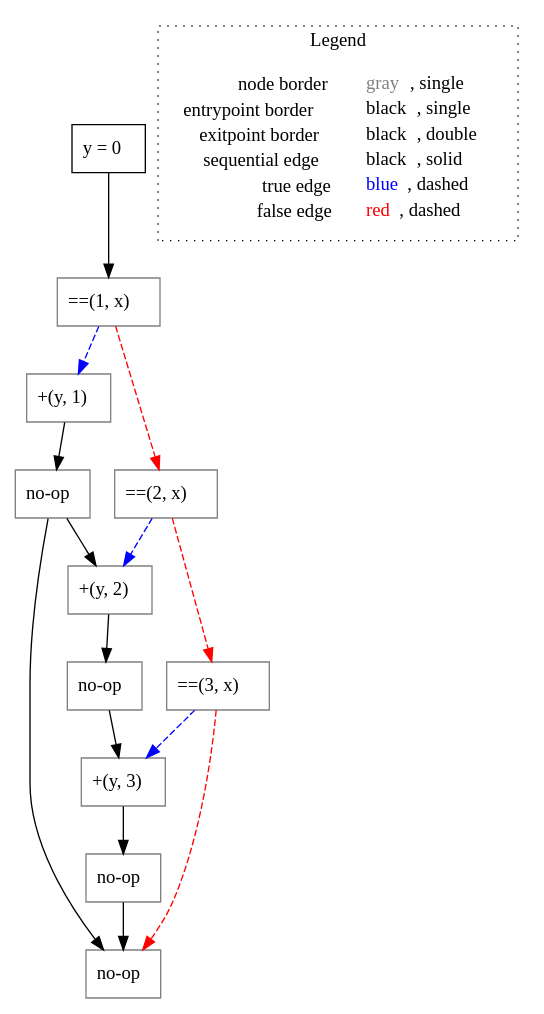
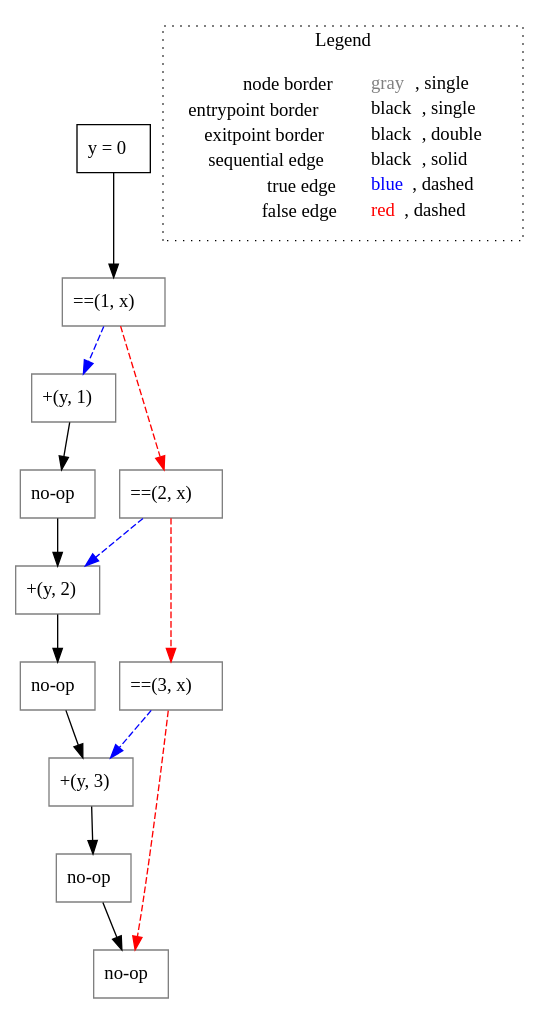
Before and after one commit to lisa-analyzer/go-lisa: the diagram in go-lisa/test-outputs/switch/untyped_simpleSwitchWithFt().dot, drawn with Graphviz. The commit also changed 4 other files, not shown here.

```diff
--- a/go-lisa/test-outputs/switch/untyped_simpleSwitchWithFt().dot
+++ b/go-lisa/test-outputs/switch/untyped_simpleSwitchWithFt().dot
@@ -1,34 +1,33 @@
 digraph {
 	"node0" [shape="rect",color="black",label=<y = 0>];
 	"node1" [shape="rect",color="gray",label=<+(y, 1)>];
 	"node2" [shape="rect",color="gray",label=<==(1, x)>];
 	"node3" [shape="rect",color="gray",label=<+(y, 2)>];
 	"node4" [shape="rect",color="gray",label=<+(y, 3)>];
 	"node5" [shape="rect",color="gray",label=<==(2, x)>];
 	"node6" [shape="rect",color="gray",label=<no-op>];
 	"node7" [shape="rect",color="gray",label=<no-op>];
 	"node8" [shape="rect",color="gray",label=<no-op>];
 	"node9" [shape="rect",color="gray",label=<no-op>];
 	"node10" [shape="rect",color="gray",label=<==(3, x)>];
 	"node1" -> "node6" [color="black"];
 	"node2" -> "node1" [color="blue",style="dashed"];
 	"node2" -> "node5" [color="red",style="dashed"];
 	"node3" -> "node7" [color="black"];
 	"node4" -> "node8" [color="black"];
 	"node5" -> "node3" [color="blue",style="dashed"];
 	"node5" -> "node10" [color="red",style="dashed"];
 	"node6" -> "node3" [color="black"];
-	"node6" -> "node9" [color="black"];
 	"node7" -> "node4" [color="black"];
 	"node8" -> "node9" [color="black"];
 	"node0" -> "node2" [color="black"];
 	"node10" -> "node4" [color="blue",style="dashed"];
 	"node10" -> "node9" [color="red",style="dashed"];
 subgraph cluster_legend {
 	label="Legend";
 	style=dotted;
 	node [shape=plaintext];
 	"legend" [label=<<table border="0" cellpadding="2" cellspacing="0" cellborder="0"><tr><td align="right">node border&nbsp;</td><td align="left"><font color="gray">gray</font>, single</td></tr><tr><td align="right">entrypoint border&nbsp;</td><td align="left"><font color="black">black</font>, single</td></tr><tr><td align="right">exitpoint border&nbsp;</td><td align="left"><font color="black">black</font>, double</td></tr><tr><td align="right">sequential edge&nbsp;</td><td align="left"><font color="black">black</font>, solid</td></tr><tr><td align="right">true edge&nbsp;</td><td align="left"><font color="blue">blue</font>, dashed</td></tr><tr><td align="right">false edge&nbsp;</td><td align="left"><font color="red">red</font>, dashed</td></tr></table>>];
 }
 
 }
```
